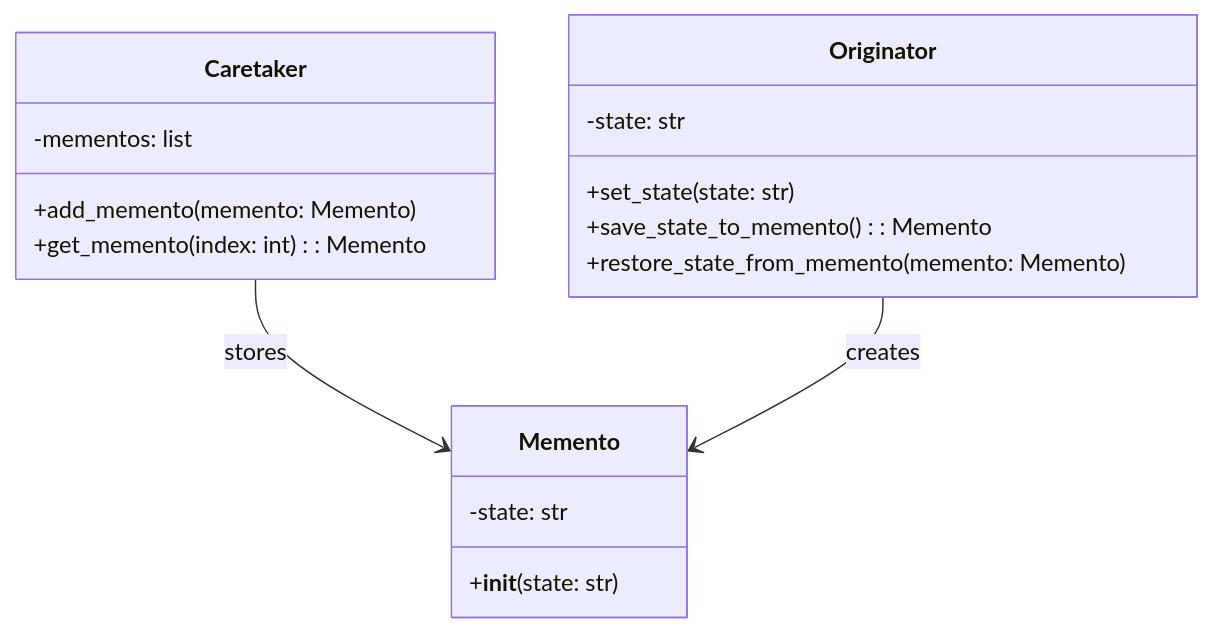
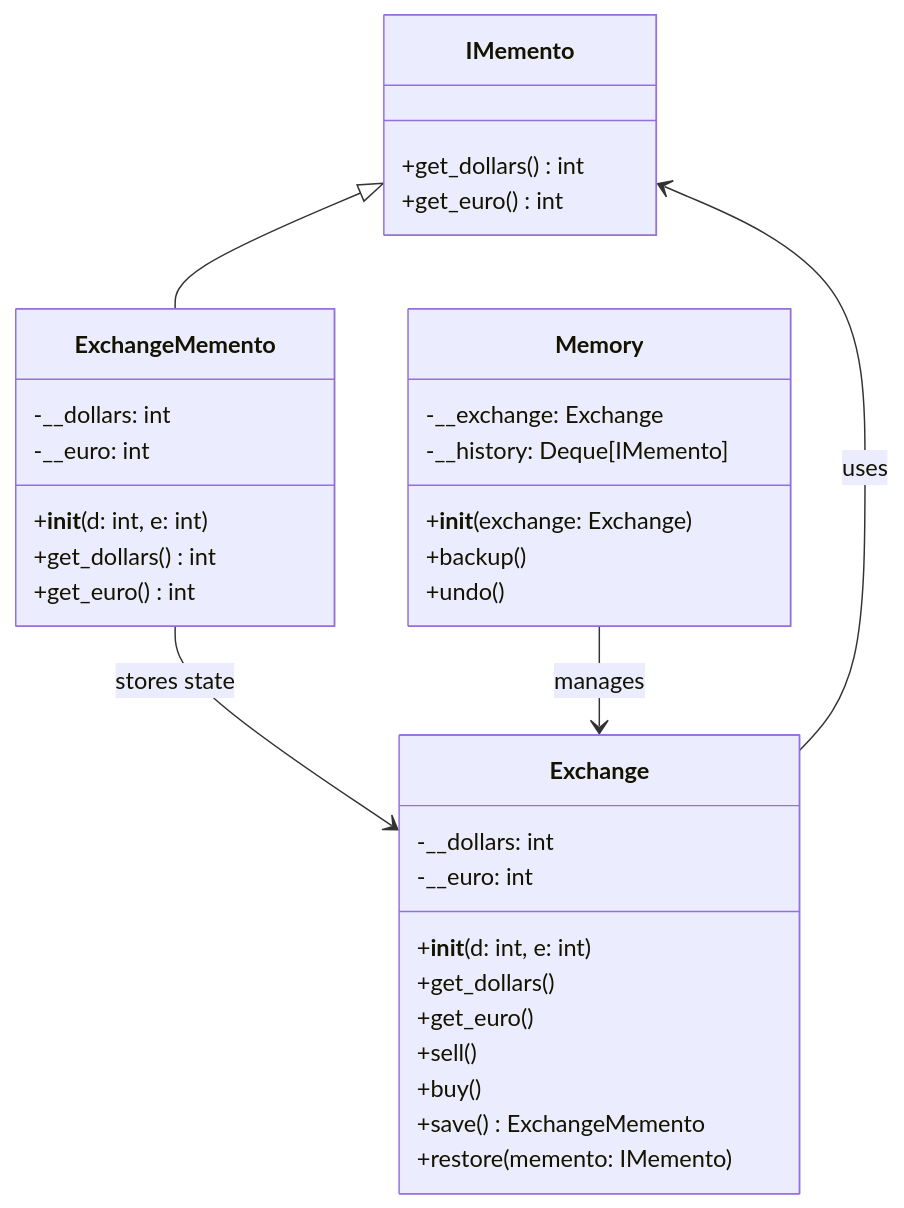
Before and after one commit to KhrystynaLutsiv/IT-21_OOP: the diagram in SmolynetsMaksym/lab13/README.md, drawn with Mermaid. The commit also changed other lines of this file and 1 other file, not shown here.

Commit message:
lab12 changesі

````diff
--- a/SmolynetsMaksym/lab13/README.md
+++ b/SmolynetsMaksym/lab13/README.md
@@ -54,23 +70,40 @@
 ```mermaid
 classDiagram
-    class Memento {
-        -state: str
-        +__init__(state: str)
+    class IMemento {
+        +get_dollars() int
+        +get_euro() int
     }
 
-    class Originator {
-        -state: str
-        +set_state(state: str)
-        +save_state_to_memento(): Memento
-        +restore_state_from_memento(memento: Memento)
+    class ExchangeMemento {
+        -__dollars: int
+        -__euro: int
+        +__init__(d: int, e: int)
+        +get_dollars() int
+        +get_euro() int
     }
 
-    class Caretaker {
-        -mementos: list
-        +add_memento(memento: Memento)
-        +get_memento(index: int): Memento
+    class Exchange {
+        -__dollars: int
+        -__euro: int
+        +__init__(d: int, e: int)
+        +get_dollars()
+        +get_euro()
+        +sell()
+        +buy()
+        +save() ExchangeMemento
+        +restore(memento: IMemento)
     }
 
-    Caretaker --> Memento : stores
-    Originator --> Memento : creates
+    class Memory {
+        -__exchange: Exchange
+        -__history: Deque[IMemento]
+        +__init__(exchange: Exchange)
+        +backup()
+        +undo()
+    }
+
+    IMemento <|-- ExchangeMemento
+    ExchangeMemento --> Exchange : stores state
+    Exchange --> IMemento : uses
+    Memory --> Exchange : manages
 ```
````
